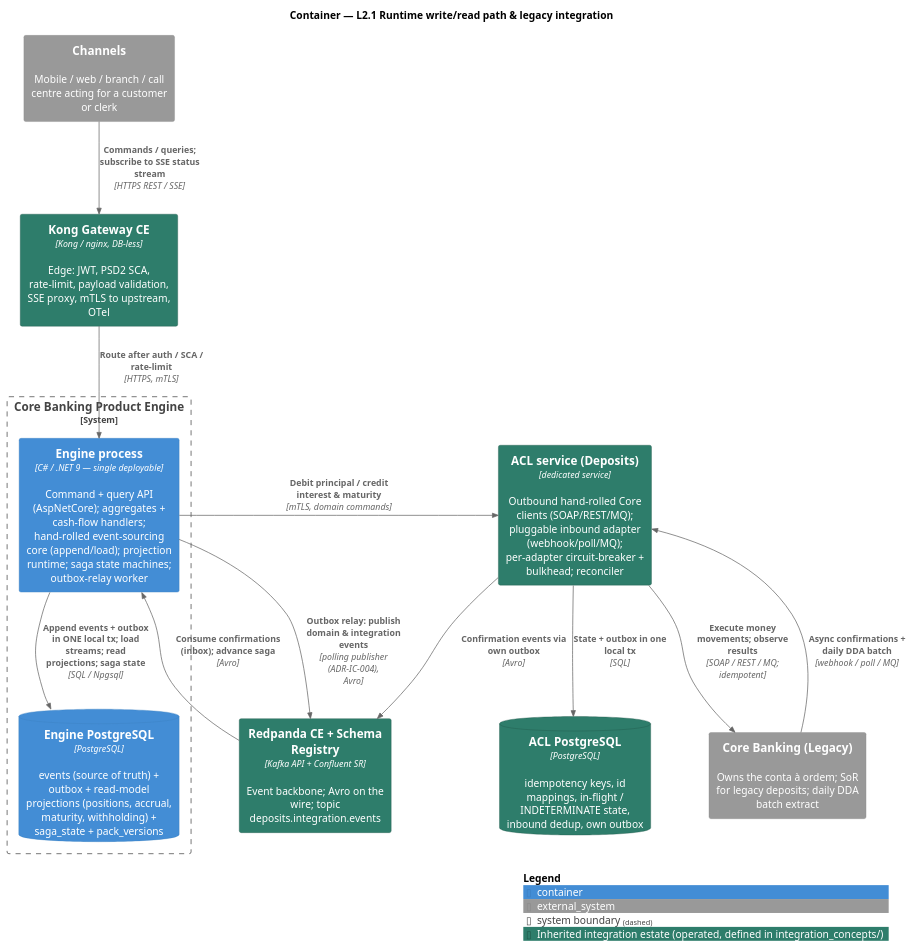
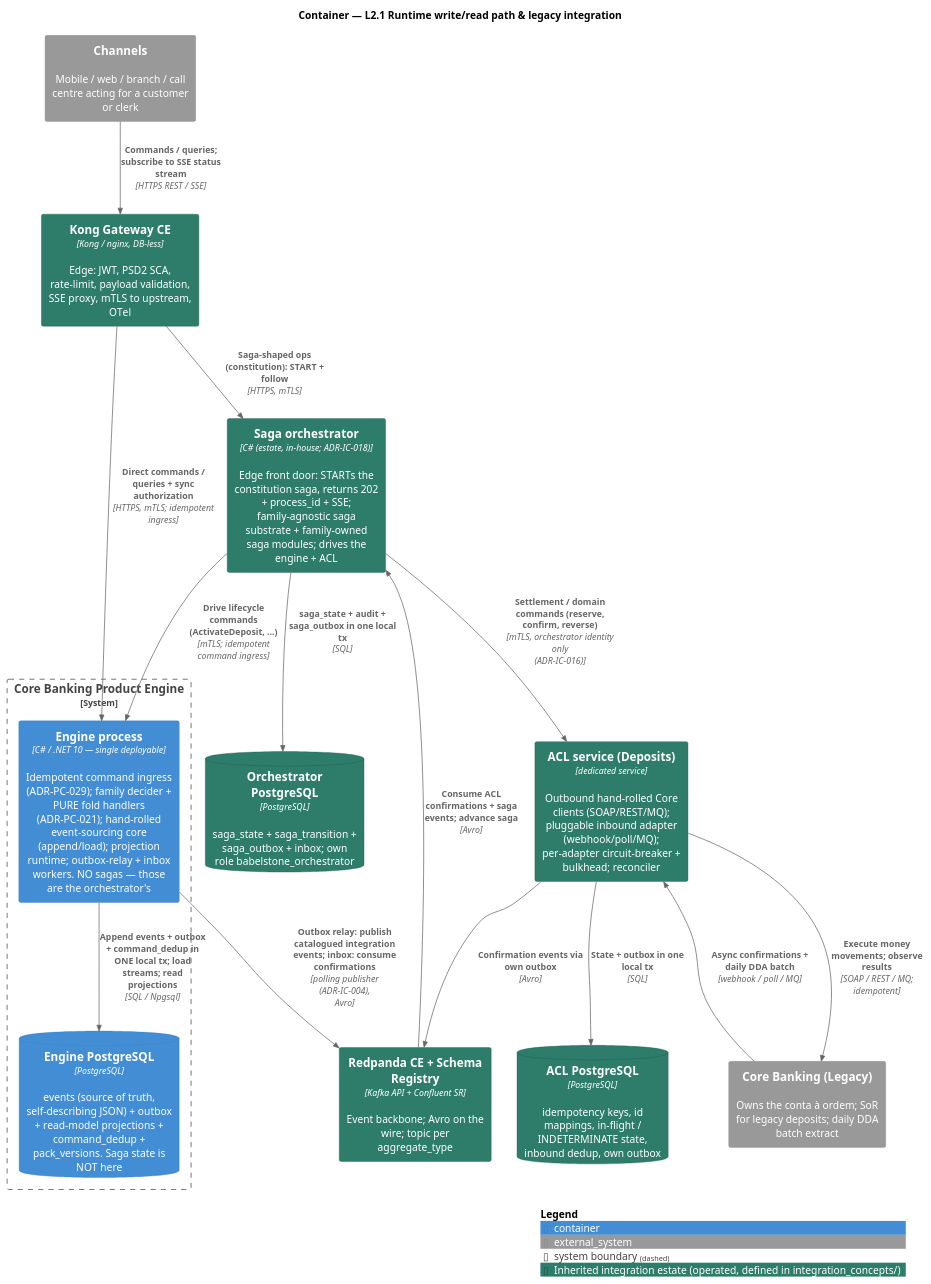
One commit to jhosm/archie changed the diagram in docs/product-management/product_concepts/diagrams/c4-l2-runtime-write-read.puml. Above: the diagram before and after it, drawn with PlantUML. The commit also changed 21 other files, not shown here.

```diff
--- a/docs/product-management/product_concepts/diagrams/c4-l2-runtime-write-read.puml
+++ b/docs/product-management/product_concepts/diagrams/c4-l2-runtime-write-read.puml
@@ -1,37 +1,42 @@
 @startuml c4-l2-runtime-write-read
 ' Source of truth for Level 2.1 in ../feature-design-c4-architecture.md.
 ' Regenerate: plantuml -tsvg <this file>
 !include <C4/C4_Container>
 ' Remote fallback: !include https://raw.githubusercontent.com/plantuml-stdlib/C4-PlantUML/master/C4_Container.puml
 
 AddElementTag("estate", $bgColor="#2E7D6B", $fontColor="#FFFFFF", $borderColor="#1F5749", $legendText="Inherited integration estate (operated, defined in integration_concepts/)")
 
 title Container — L2.1 Runtime write/read path & legacy integration
 
 System_Ext(channels, "Channels", "Mobile / web / branch / call centre acting for a customer or clerk")
 
 System_Boundary(engine_sys, "Core Banking Product Engine") {
-  Container(engine, "Engine process", "C# / .NET 9 — single deployable", "Command + query API (AspNetCore); aggregates + cash-flow handlers; hand-rolled event-sourcing core (append/load); projection runtime; saga state machines; outbox-relay worker")
-  ContainerDb(pg, "Engine PostgreSQL", "PostgreSQL", "events (source of truth) + outbox + read-model projections (positions, accrual, maturity, withholding) + saga_state + pack_versions")
+  Container(engine, "Engine process", "C# / .NET 10 — single deployable", "Idempotent command ingress (ADR-PC-029); family decider + PURE fold handlers (ADR-PC-021); hand-rolled event-sourcing core (append/load); projection runtime; outbox-relay + inbox workers. NO sagas — those are the orchestrator's")
+  ContainerDb(pg, "Engine PostgreSQL", "PostgreSQL", "events (source of truth, self-describing JSON) + outbox + read-model projections + command_dedup + pack_versions. Saga state is NOT here")
 }
 
 Container(kong, "Kong Gateway CE", "Kong / nginx, DB-less", "Edge: JWT, PSD2 SCA, rate-limit, payload validation, SSE proxy, mTLS to upstream, OTel", $tags="estate")
-Container(redpanda, "Redpanda CE + Schema Registry", "Kafka API + Confluent SR", "Event backbone; Avro on the wire; topic deposits.integration.events", $tags="estate")
+Container(orch, "Saga orchestrator", "C# (estate, in-house; ADR-IC-018)", "Edge front door: STARTs the constitution saga, returns 202 + process_id + SSE; family-agnostic saga substrate + family-owned saga modules; drives the engine + ACL", $tags="estate")
+ContainerDb(orchpg, "Orchestrator PostgreSQL", "PostgreSQL", "saga_state + saga_transition + saga_outbox + inbox; own role babelstone_orchestrator", $tags="estate")
+Container(redpanda, "Redpanda CE + Schema Registry", "Kafka API + Confluent SR", "Event backbone; Avro on the wire; topic per aggregate_type", $tags="estate")
 Container(acl, "ACL service (Deposits)", "dedicated service", "Outbound hand-rolled Core clients (SOAP/REST/MQ); pluggable inbound adapter (webhook/poll/MQ); per-adapter circuit-breaker + bulkhead; reconciler", $tags="estate")
 ContainerDb(acldb, "ACL PostgreSQL", "PostgreSQL", "idempotency keys, id mappings, in-flight / INDETERMINATE state, inbound dedup, own outbox", $tags="estate")
 
 System_Ext(core, "Core Banking (Legacy)", "Owns the conta à ordem; SoR for legacy deposits; daily DDA batch extract")
 
 Rel(channels, kong, "Commands / queries; subscribe to SSE status stream", "HTTPS REST / SSE")
-Rel(kong, engine, "Route after auth / SCA / rate-limit", "HTTPS, mTLS")
-Rel(engine, pg, "Append events + outbox in ONE local tx; load streams; read projections; saga state", "SQL / Npgsql")
-Rel(engine, redpanda, "Outbox relay: publish domain & integration events", "polling publisher (ADR-IC-004), Avro")
-Rel(engine, acl, "Debit principal / credit interest & maturity", "mTLS, domain commands")
+Rel(kong, orch, "Saga-shaped ops (constitution): START + follow", "HTTPS, mTLS")
+Rel(kong, engine, "Direct commands / queries + sync authorization", "HTTPS, mTLS; idempotent ingress")
+Rel(orch, engine, "Drive lifecycle commands (ActivateDeposit, ...)", "mTLS; idempotent command ingress")
+Rel(orch, orchpg, "saga_state + audit + saga_outbox in one local tx", "SQL")
+Rel(engine, pg, "Append events + outbox + command_dedup in ONE local tx; load streams; read projections", "SQL / Npgsql")
+Rel(engine, redpanda, "Outbox relay: publish catalogued integration events; inbox: consume confirmations", "polling publisher (ADR-IC-004), Avro")
+Rel(orch, acl, "Settlement / domain commands (reserve, confirm, reverse)", "mTLS, orchestrator identity only (ADR-IC-016)")
 Rel(acl, acldb, "State + outbox in one local tx", "SQL")
 Rel(acl, core, "Execute money movements; observe results", "SOAP / REST / MQ; idempotent")
 Rel(core, acl, "Async confirmations + daily DDA batch", "webhook / poll / MQ")
 Rel(acl, redpanda, "Confirmation events via own outbox", "Avro")
-Rel(redpanda, engine, "Consume confirmations (inbox); advance saga", "Avro")
+Rel(redpanda, orch, "Consume ACL confirmations + saga events; advance saga", "Avro")
 
 SHOW_LEGEND()
 @enduml
```
